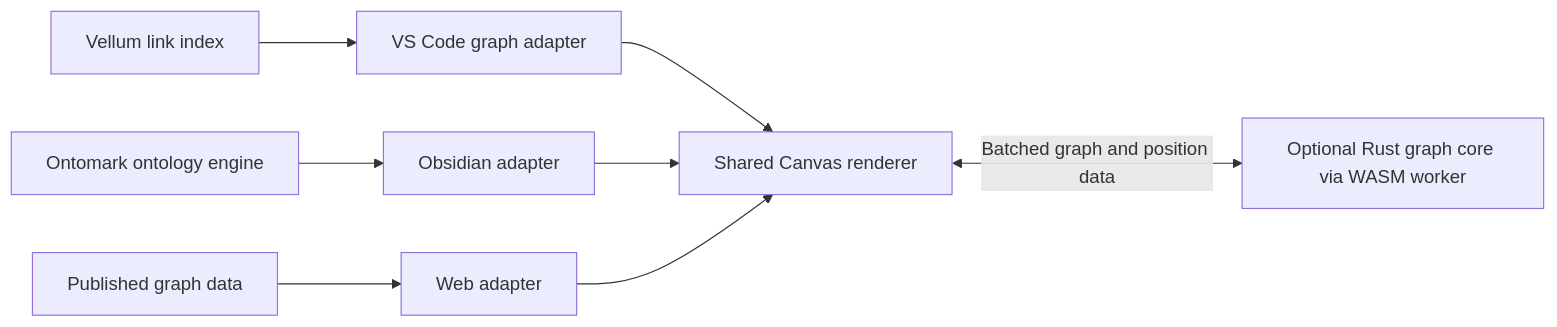
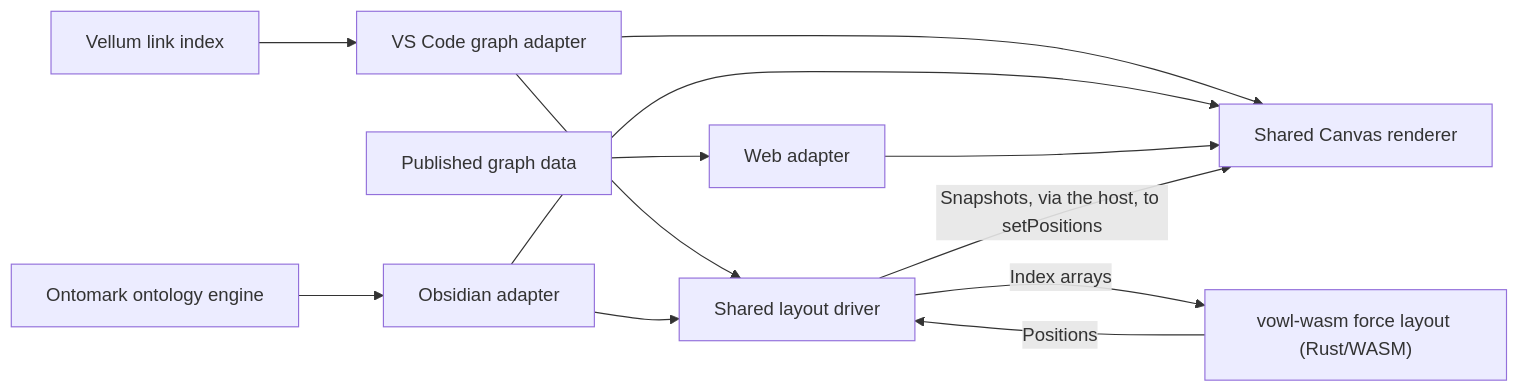
The diagram in docs/adr/ADR-VEL-001-shared-graph-and-rust-wasm.md (DreamLab-AI/vellum-markdown-editor), drawn with Mermaid before and after one commit. The commit also changed other lines of this file and 27 other files, not shown here.

````diff
--- a/docs/adr/ADR-VEL-001-shared-graph-and-rust-wasm.md
+++ b/docs/adr/ADR-VEL-001-shared-graph-and-rust-wasm.md
@@ -67,10 +77,14 @@
 ```mermaid
 flowchart LR
     VI["Vellum link index"] --> VD["VS Code graph adapter"]
     OE["Ontomark ontology engine"] --> OA["Obsidian adapter"]
     WD["Published graph data"] --> WA["Web adapter"]
     VD --> GR["Shared Canvas renderer"]
     OA --> GR
     WA --> GR
-    GR <-->|"Batched graph and position data"| RC["Optional Rust graph core via WASM worker"]
+    VD --> LD["Shared layout driver"]
+    OA --> LD
+    LD -->|"Index arrays"| RC["vowl-wasm force layout (Rust/WASM)"]
+    RC -->|"Positions"| LD
+    LD -->|"Snapshots, via the host, to setPositions"| GR
 ```
````
